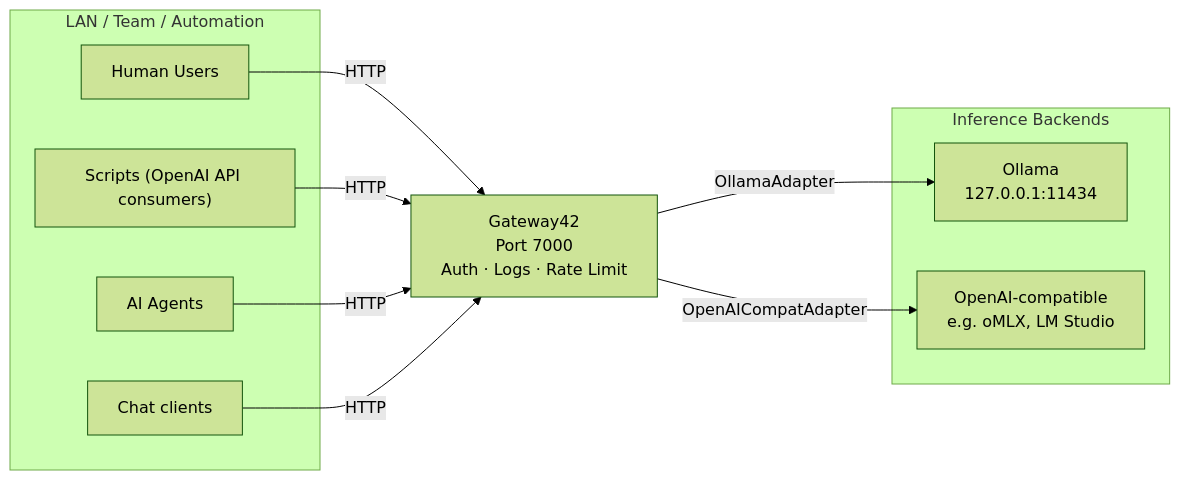
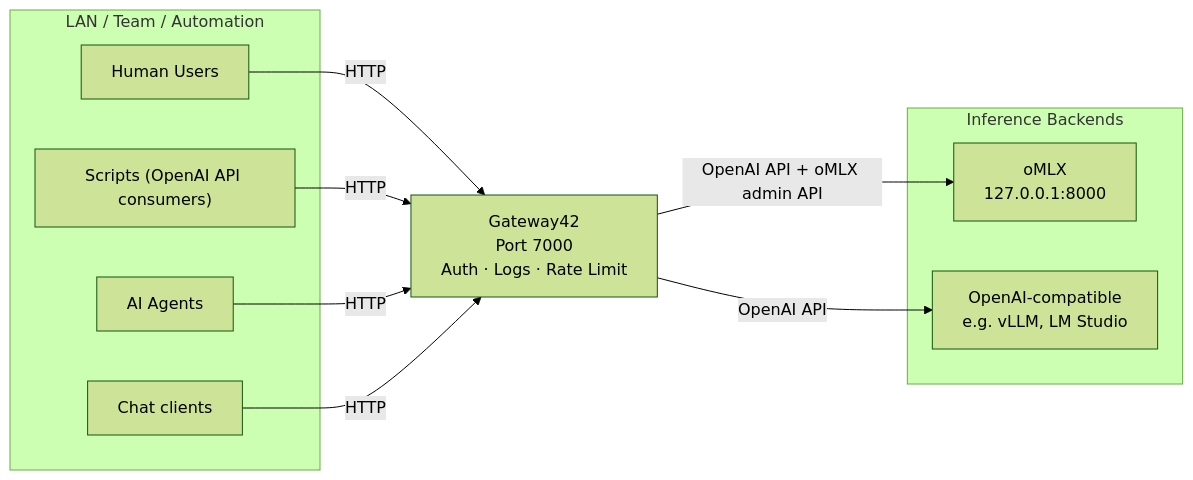
One commit to org42-consulting/gateway42 changed the diagram in README.md. Above: the diagram before and after it, drawn with Mermaid (forest theme). The commit also changed other lines of this file and 39 other files, not shown here.

````diff
--- a/README.md
+++ b/README.md
@@ -24,20 +24,20 @@
 ```mermaid
 flowchart LR
     subgraph Backends["Inference Backends"]
-        OLLAMA["Ollama\n127.0.0.1:11434"]
-        OPENAI["OpenAI-compatible\ne.g. oMLX, LM Studio"]
+        OMLX["oMLX\n127.0.0.1:8000"]
+        OPENAI["OpenAI-compatible\ne.g. vLLM, LM Studio"]
     end
 
     GATEWAY["Gateway42\nPort 7000\nAuth · Logs · Rate Limit"]
 
     subgraph LAN["LAN / Team / Automation"]
         USERS["Human Users"]
         SCRIPTS["Scripts (OpenAI API consumers)"]
         AGENTS["AI Agents"]
         CHAT["Chat clients"]
     end
 
     USERS & SCRIPTS & AGENTS & CHAT -->|HTTP| GATEWAY
-    GATEWAY -->|OllamaAdapter| OLLAMA
-    GATEWAY -->|OpenAICompatAdapter| OPENAI
+    GATEWAY -->|OpenAI API + oMLX admin API| OMLX
+    GATEWAY -->|OpenAI API| OPENAI
 ```
````
